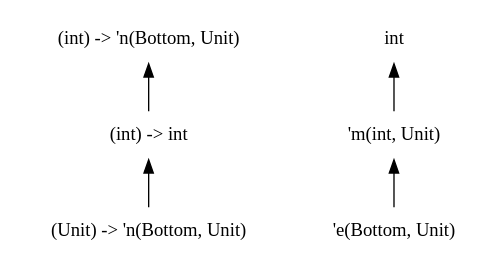
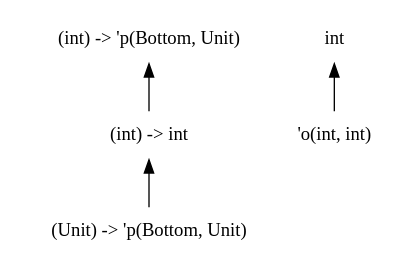
Before and after one commit to chocobo333/regino: the diagram in dot2.md, drawn with Graphviz. The commit also changed 1 other file, not shown here.

Commit message:
Delete debug

````diff
--- a/dot2.md
+++ b/dot2.md
@@ -1,20 +1,18 @@
 ```dot
 digraph order {
   node [
     shape = none
   ];
   edge [
     dir = back
   ];
-  "(int) -> 'n(Bottom, Unit)"
-  "'e(Bottom, Unit)"
-  "'m(int, Unit)"
+  "(int) -> 'p(Bottom, Unit)"
+  "'o(int, int)"
   "int"
   "(int) -> int"
-  "(Unit) -> 'n(Bottom, Unit)"
-  "'m(int, Unit)" -> "'e(Bottom, Unit)"
-  "int" -> "'m(int, Unit)"
-  "(int) -> 'n(Bottom, Unit)" -> "(int) -> int"
-  "(int) -> int" -> "(Unit) -> 'n(Bottom, Unit)"
+  "(Unit) -> 'p(Bottom, Unit)"
+  "int" -> "'o(int, int)"
+  "(int) -> 'p(Bottom, Unit)" -> "(int) -> int"
+  "(int) -> int" -> "(Unit) -> 'p(Bottom, Unit)"
 }
 ```
````
